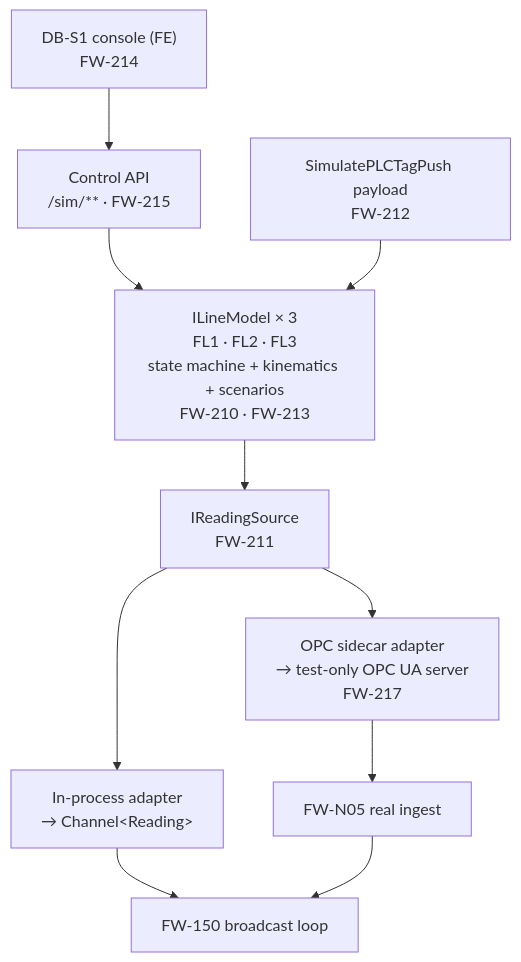
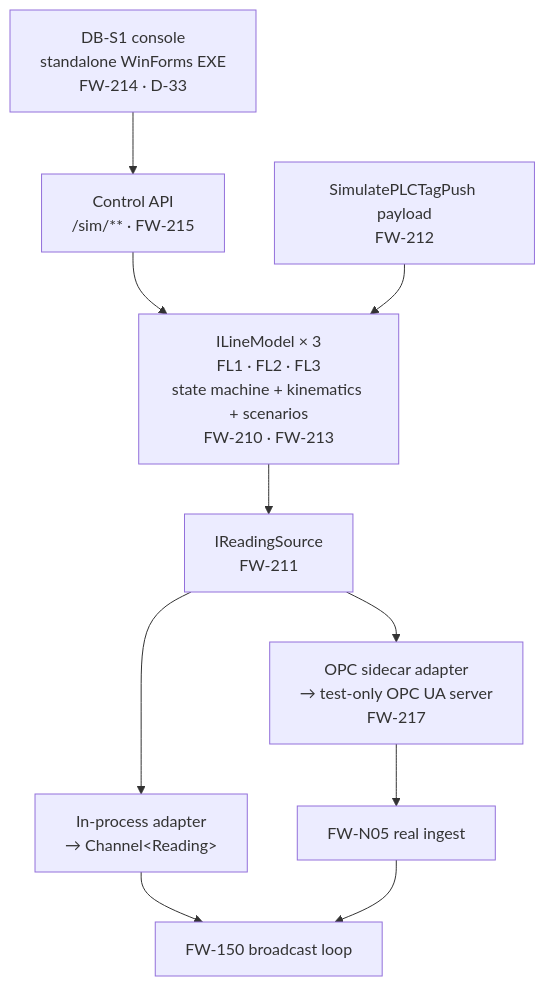
One commit to UnitedAluminum/Flatwire-planning changed the diagram in 20-architecture/MachineSimulator.md. Above: the diagram before and after it, drawn with Mermaid. The commit also changed other lines of this file and 36 other files, not shown here.

````diff
--- a/20-architecture/MachineSimulator.md
+++ b/20-architecture/MachineSimulator.md
@@ -109,18 +109,18 @@
 ```mermaid
 flowchart TB
-  CONSOLE["DB-S1 console (FE)<br/>FW-214"]
+  CONSOLE["DB-S1 console<br/>standalone WinForms EXE<br/>FW-214 · D-33"]
   CTRL["Control API<br/>/sim/** · FW-215"]
   CORE["ILineModel × 3<br/>FL1 · FL2 · FL3<br/>state machine + kinematics + scenarios<br/>FW-210 · FW-213"]
   PUSH["SimulatePLCTagPush payload<br/>FW-212"]
   SEAM["IReadingSource<br/>FW-211"]
   INPROC["In-process adapter<br/>→ Channel&lt;Reading&gt;"]
   SIDECAR["OPC sidecar adapter<br/>→ test-only OPC UA server<br/>FW-217"]
   INGEST["FW-N05 real ingest"]
   LOOP["FW-150 broadcast loop"]
 
   CONSOLE --> CTRL --> CORE
   PUSH --> CORE
   CORE --> SEAM
   SEAM --> INPROC --> LOOP
   SEAM --> SIDECAR --> INGEST --> LOOP
 ```
````
